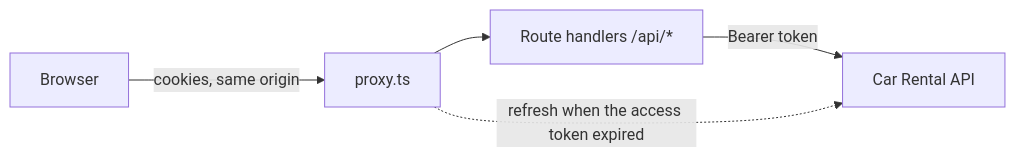
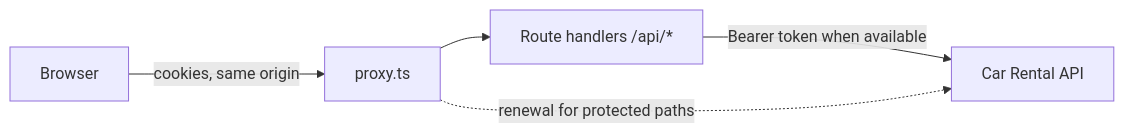
The diagram in README.md (TheOdrig/car-rental-web), drawn with Mermaid before and after one commit. The commit also changed other lines of this file and 19 other files, not shown here.

````diff
--- a/README.md
+++ b/README.md
@@ -33,7 +33,7 @@
 ```mermaid
 graph LR
     B[Browser] -->|cookies, same origin| P[proxy.ts]
     P --> R[Route handlers /api/*]
-    R -->|Bearer token| A[Car Rental API]
-    P -.->|refresh when the access token expired| A
+    R -->|Bearer token when available| A[Car Rental API]
+    P -.->|renewal for protected paths| A
 ```
````
